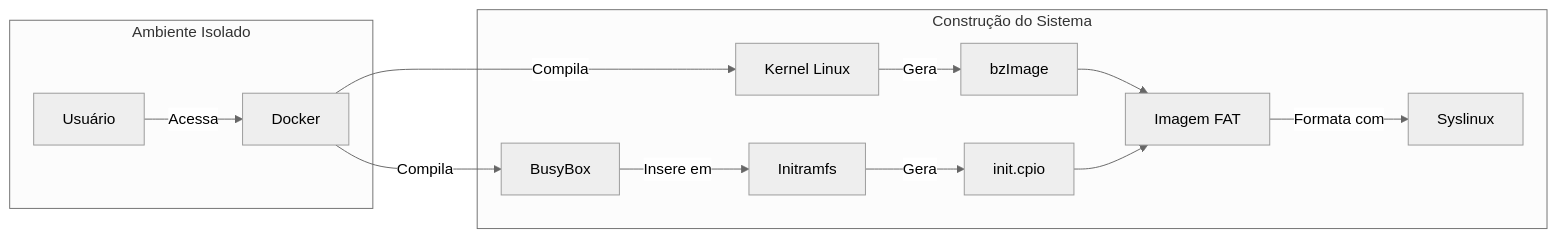
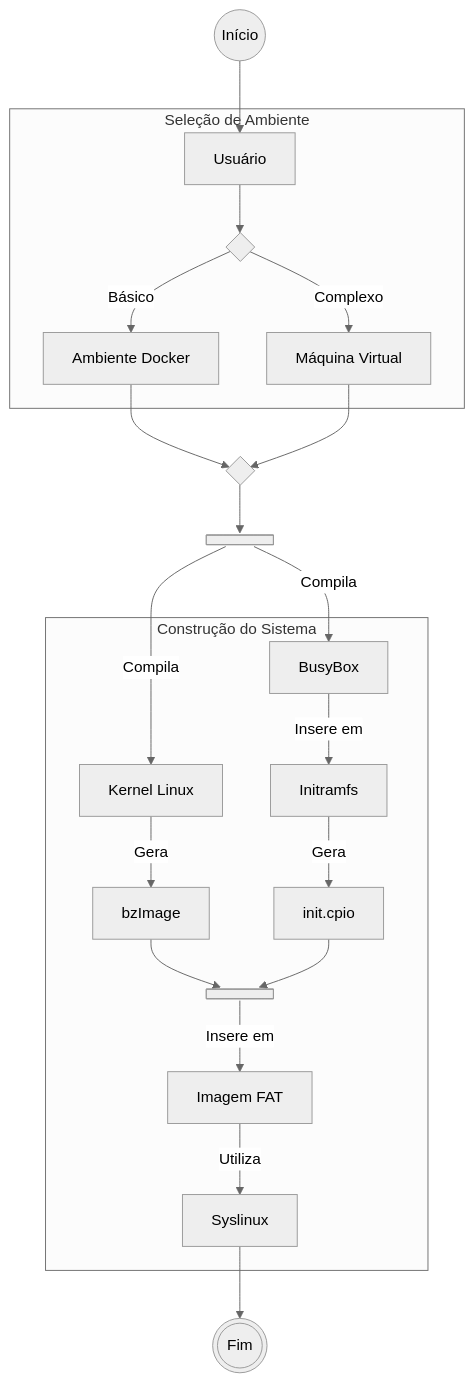
One commit to FelpzzzEX/LecOS changed the first of 2 diagrams in Primeiros_Passos/base-inicial.md. Above: the diagram before and after it, drawn with Mermaid (neutral theme). The commit also changed other lines of this file and 4 other files, not shown here.

````diff
--- a/Primeiros_Passos/base-inicial.md
+++ b/Primeiros_Passos/base-inicial.md
@@ -26,20 +26,35 @@
 ```mermaid
-flowchart LR
-    subgraph Ambiente["Ambiente Isolado"]
-      M["Docker"]
-      P["Usuário"]
-      P-->|Acessa|M
-    end
+flowchart TD
+  O@{ shape: circle, label: "Início" }
+    
+  subgraph Ambiente["Seleção de Ambiente"]
+    M["Ambiente Docker"]
+    N["Máquina Virtual"]
+    P["Usuário"]
+    Q@{ shape: diamond, label: " " }
+    P-->Q
+    Q-->|Básico|M
+    Q-->|Complexo|N
+  end
+  O-->P
+    R@{ shape: diamond, label: " " }
+    S@{ shape: fork, label: "Fork" }
+    M-->R
+    N-->R
+    R-->S
+    S-->|Compila|A
+    S-->|Compila|C
     
     subgraph Build["Construção do Sistema"]
       A["Kernel Linux"] -->|Gera| B["bzImage"]
       C["BusyBox"] -->|Insere em| D["Initramfs"]
       D -->|Gera| E["init.cpio"]
-      B --> F["Imagem FAT"]
-      E --> F
-      F -->|Formata com| G["Syslinux"]
+      T@{ shape: fork, label: "Join" }
+      B --> T
+      E --> T
+      T-->|Insere em|F["Imagem FAT"]
+      F -->|Utiliza| G["Syslinux"]
     end
 
-    M-->|Compila|A
-    M-->|Compila|C
+    G-->U@{ shape: dbl-circ, label: "Fim"}
 ```
````
